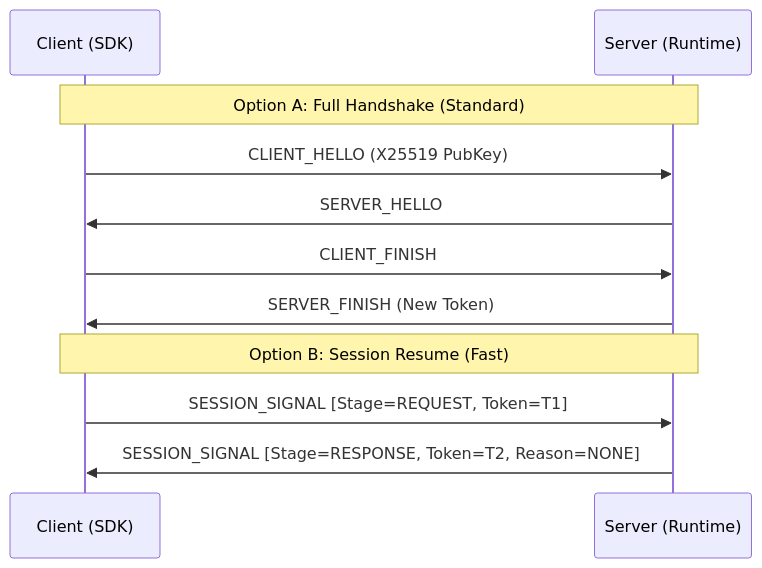
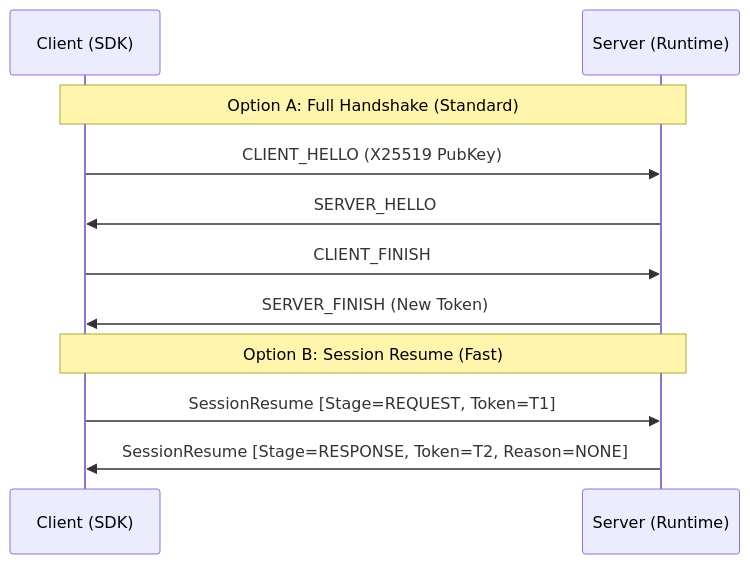
One commit to ppn-systems/Nalix changed the diagram in docs/api/security/session-resume.md. Above: the diagram before and after it, drawn with Mermaid. The commit also changed other lines of this file and 101 other files, not shown here.

````diff
--- a/docs/api/security/session-resume.md
+++ b/docs/api/security/session-resume.md
@@ -25,15 +25,15 @@
 ```mermaid
 sequenceDiagram
     participant C as Client (SDK)
     participant S as Server (Runtime)
     
     Note over C, S: Option A: Full Handshake (Standard)
     C->>S: CLIENT_HELLO (X25519 PubKey)
     S->>C: SERVER_HELLO
     C->>S: CLIENT_FINISH
     S->>C: SERVER_FINISH (New Token)
     
     Note over C, S: Option B: Session Resume (Fast)
-    C->>S: SESSION_SIGNAL [Stage=REQUEST, Token=T1]
-    S->>C: SESSION_SIGNAL [Stage=RESPONSE, Token=T2, Reason=NONE]
+    C->>S: SessionResume [Stage=REQUEST, Token=T1]
+    S->>C: SessionResume [Stage=RESPONSE, Token=T2, Reason=NONE]
 ```
````
